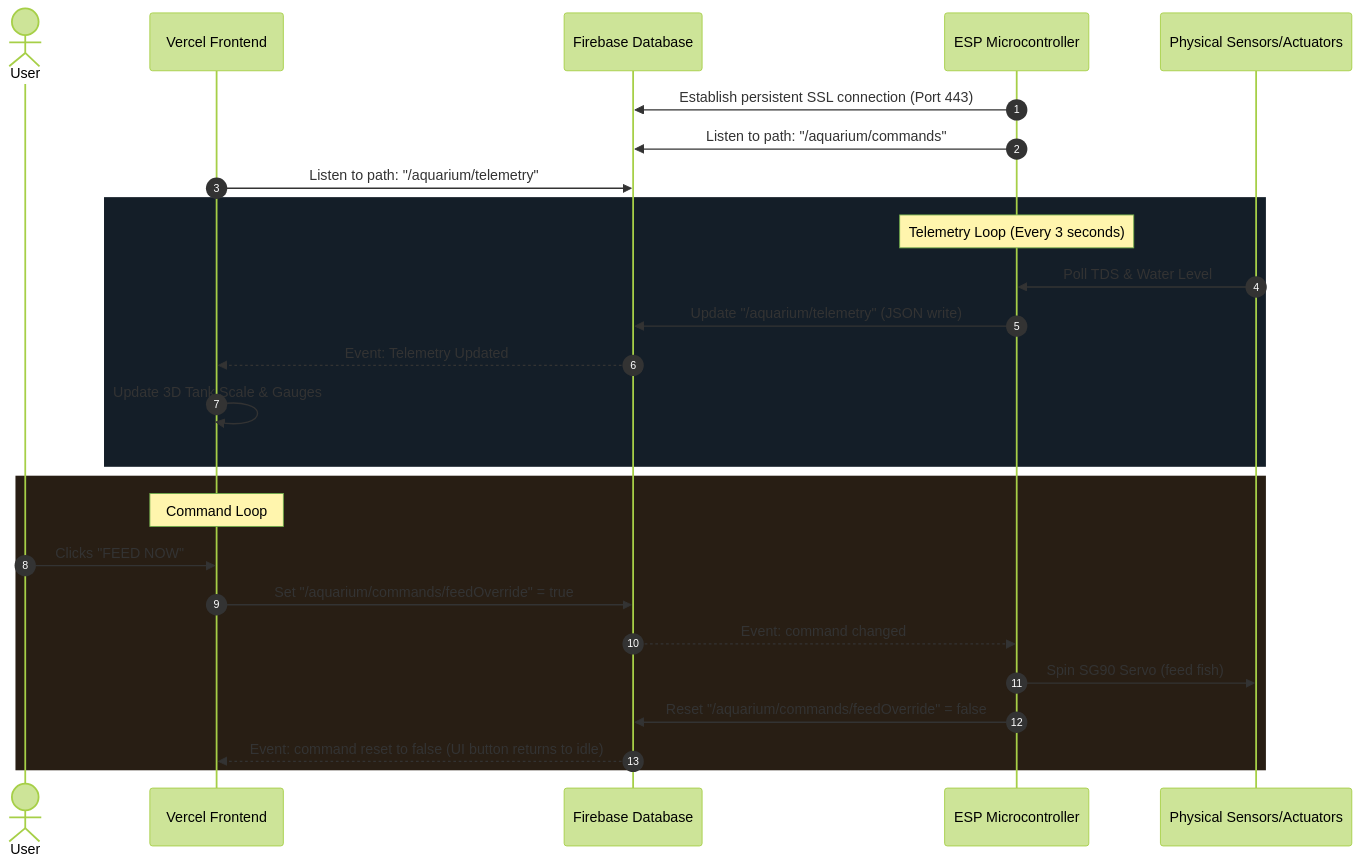
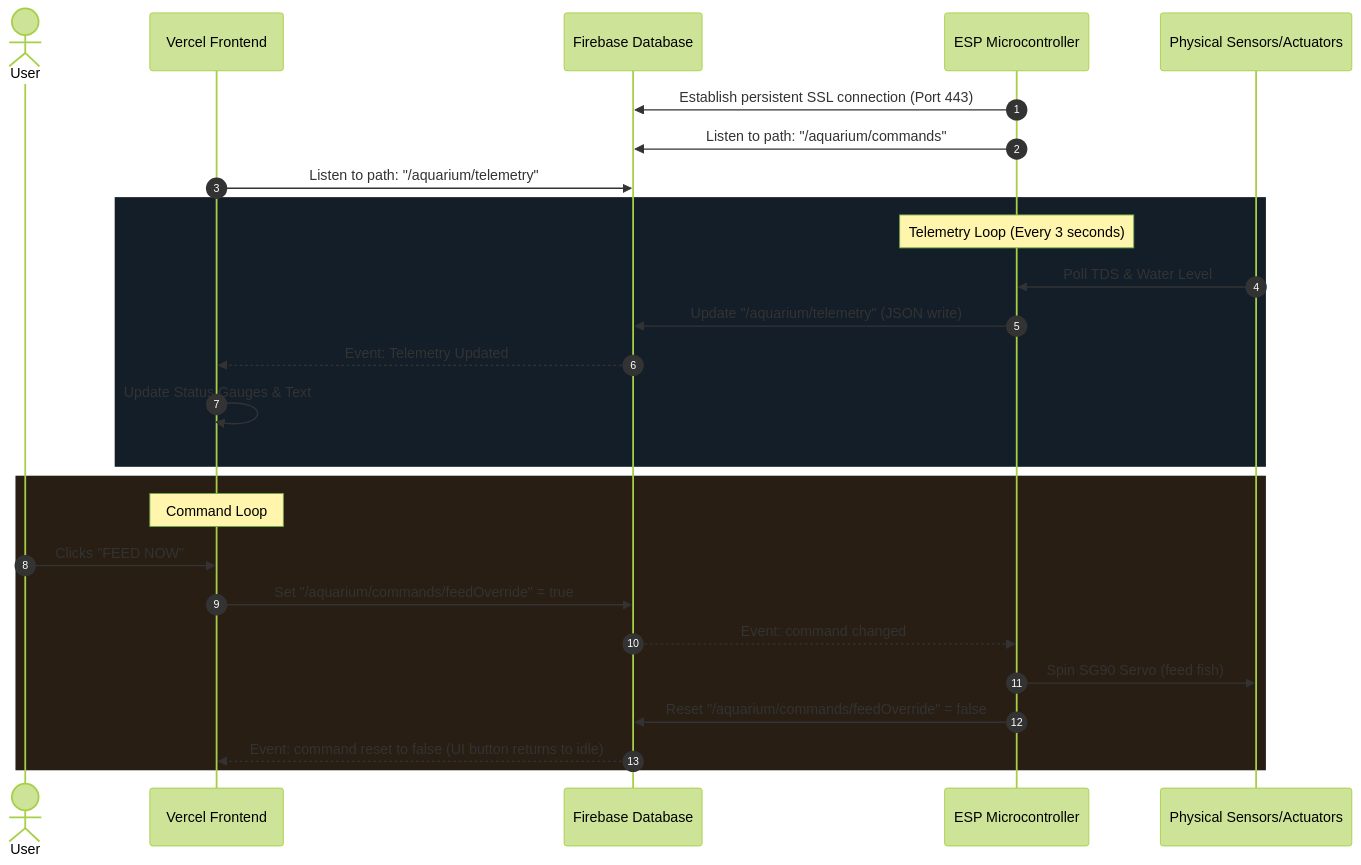
One commit to anjanadulan/Smart-Aqua-Manage-Bot changed the diagram in connectivity/communication_plan.md. Above: the diagram before and after it, drawn with Mermaid (forest theme). The commit also changed other lines of this file and 27 other files, not shown here.

````diff
--- a/connectivity/communication_plan.md
+++ b/connectivity/communication_plan.md
@@ -78,31 +78,31 @@
 ```mermaid
 sequenceDiagram
     autonumber
     actor User
     participant Browser as Vercel Frontend
     participant DB as Firebase Database
     participant ESP as ESP Microcontroller
     participant Hard as Physical Sensors/Actuators
 
     ESP->>DB: Establish persistent SSL connection (Port 443)
     ESP->>DB: Listen to path: "/aquarium/commands"
     Browser->>DB: Listen to path: "/aquarium/telemetry"
 
     rect rgb(20, 30, 40)
         Note over ESP: Telemetry Loop (Every 3 seconds)
         Hard->>ESP: Poll TDS & Water Level
         ESP->>DB: Update "/aquarium/telemetry" (JSON write)
         DB-->>Browser: Event: Telemetry Updated
-        Browser->>Browser: Update 3D Tank Scale & Gauges
+        Browser->>Browser: Update Status Gauges & Text
     end
 
     rect rgb(40, 30, 20)
         Note over Browser: Command Loop
         User->>Browser: Clicks "FEED NOW"
         Browser->>DB: Set "/aquarium/commands/feedOverride" = true
         DB-->>ESP: Event: command changed
         ESP->>Hard: Spin SG90 Servo (feed fish)
         ESP->>DB: Reset "/aquarium/commands/feedOverride" = false
         DB-->>Browser: Event: command reset to false (UI button returns to idle)
     end
 ```
````
